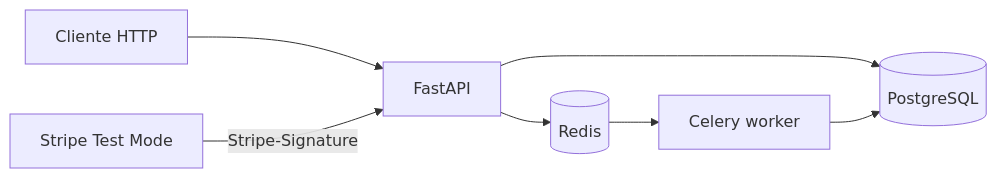
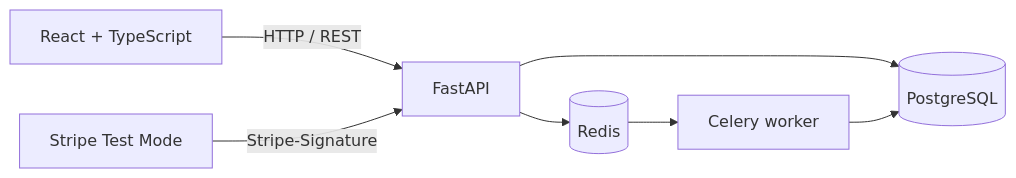
The diagram in README.md (Jos3Vitor34/orderflow), drawn with Mermaid before and after one commit. The commit also changed other lines of this file and 59 other files, not shown here.

````diff
--- a/README.md
+++ b/README.md
@@ -12,9 +13,9 @@
 ```mermaid
 flowchart LR
-    Client[Cliente HTTP] --> API[FastAPI]
+    Browser[React + TypeScript] -->|HTTP / REST| API[FastAPI]
     API --> PG[(PostgreSQL)]
     API --> Redis[(Redis)]
     Redis --> Worker[Celery worker]
     Worker --> PG
     Stripe[Stripe Test Mode] -->|Stripe-Signature| API
 ```
````
